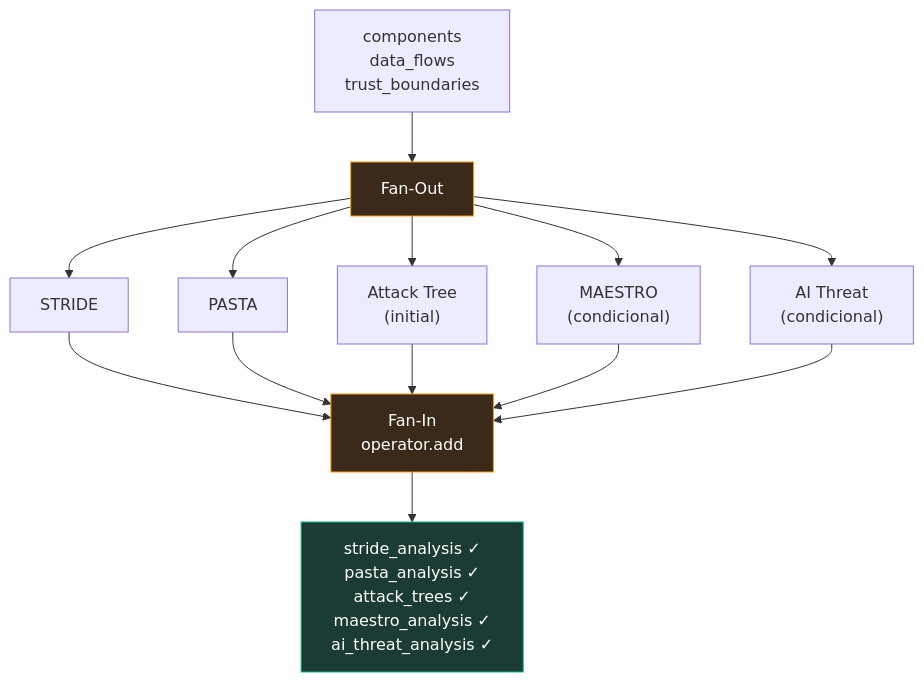
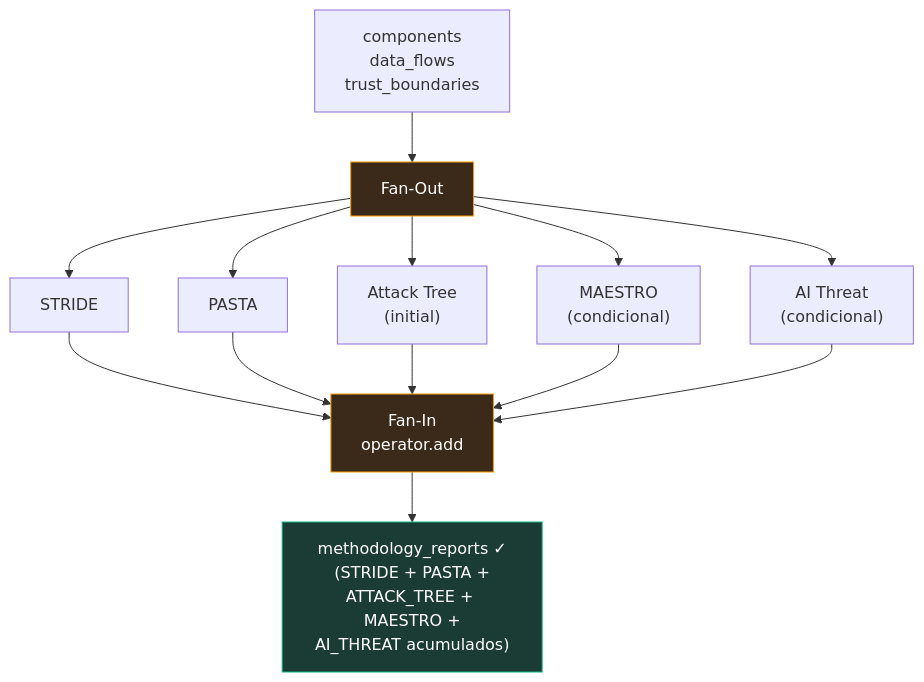
The third of 10 diagrams in docs/10_flujo_de_datos.md (philocyber/agent-threat-modeler), drawn with Mermaid before and after one commit. The commit also changed other lines of this file and 56 other files, not shown here.

````diff
--- a/docs/10_flujo_de_datos.md
+++ b/docs/10_flujo_de_datos.md
@@ -97,22 +99,22 @@
 ```mermaid
 flowchart TB
     STATE1["components<br/>data_flows<br/>trust_boundaries"] --> FAN["Fan-Out"]
     
     FAN --> STRIDE["STRIDE"]
     FAN --> PASTA["PASTA"]
     FAN --> AT["Attack Tree<br/>(initial)"]
     FAN --> MAESTRO["MAESTRO<br/>(condicional)"]
     FAN --> AI["AI Threat<br/>(condicional)"]
 
     STRIDE --> MERGE["Fan-In<br/>operator.add"]
     PASTA --> MERGE
     AT --> MERGE
     MAESTRO --> MERGE
     AI --> MERGE
 
-    MERGE --> STATE2["stride_analysis ✓<br/>pasta_analysis ✓<br/>attack_trees ✓<br/>maestro_analysis ✓<br/>ai_threat_analysis ✓"]
+    MERGE --> STATE2["methodology_reports ✓<br/>(STRIDE + PASTA +<br/>ATTACK_TREE + MAESTRO +<br/>AI_THREAT acumulados)"]
 
     style FAN fill:#3b2a1a,stroke:#f59e0b,color:#fff
     style MERGE fill:#3b2a1a,stroke:#f59e0b,color:#fff
     style STATE2 fill:#1a3c34,stroke:#10b981,color:#fff
 ```
````
